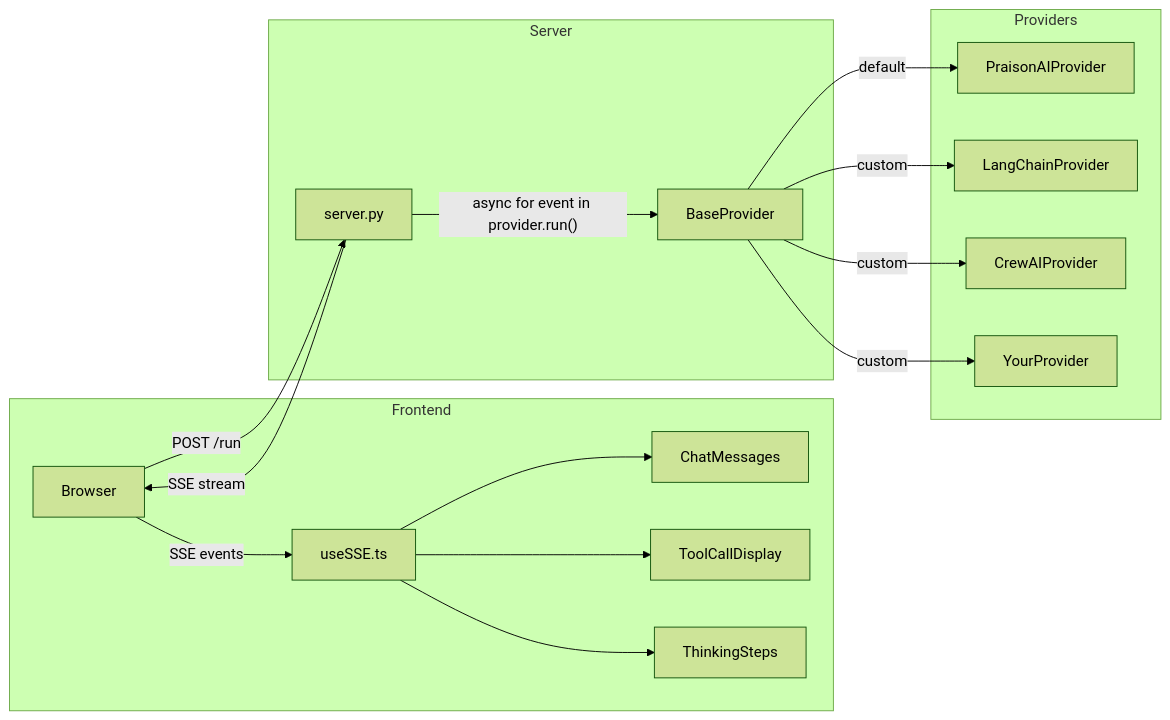
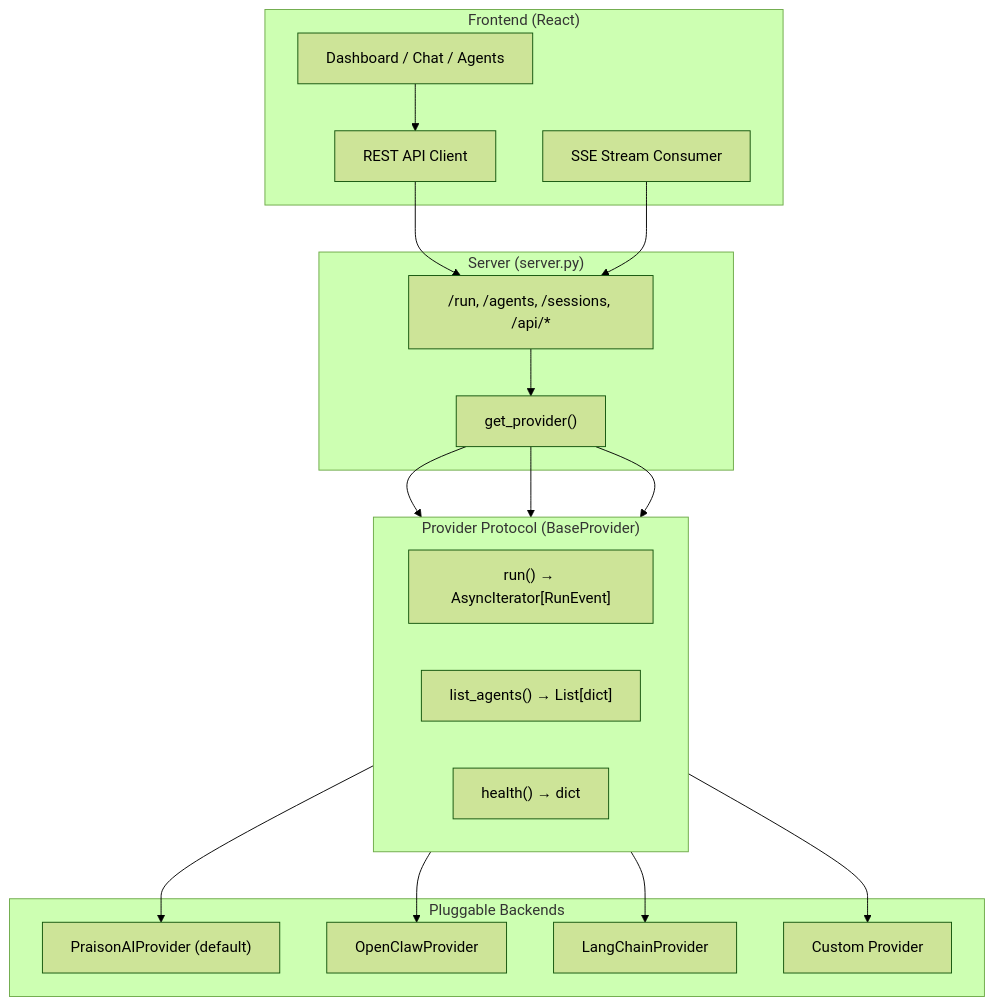
Before and after one commit to MervinPraison/PraisonAIUI: the diagram in docs/concepts/providers.md, drawn with Mermaid (forest theme). The commit also changed other lines of this file and 6 other files, not shown here.

First line of the commit message:
docs: update provider documentation and protocol overview

````diff
--- a/docs/concepts/providers.md
+++ b/docs/concepts/providers.md
@@ -7,23 +7,34 @@
 ```mermaid
-graph LR
-    subgraph Frontend
-        A["Browser"] -->|SSE events| B["useSSE.ts"]
-        B --> C["ChatMessages"]
-        B --> D["ToolCallDisplay"]
-        B --> E["ThinkingSteps"]
+graph TD
+    subgraph "Frontend (React)"
+        UI["Dashboard / Chat / Agents"]
+        SSE["SSE Stream Consumer"]
+        API["REST API Client"]
     end
 
-    subgraph Server
-        F["server.py"] -->|"async for event in provider.run()"| G["BaseProvider"]
+    subgraph "Server (server.py)"
+        Routes["/run, /agents, /sessions, /api/*"]
+        Provider["get_provider()"]
     end
 
-    subgraph Providers
-        G -->|default| H["PraisonAIProvider"]
-        G -->|custom| I["LangChainProvider"]
-        G -->|custom| J["CrewAIProvider"]
-        G -->|custom| K["YourProvider"]
+    subgraph "Provider Protocol (BaseProvider)"
+        direction LR
+        Run["run() → AsyncIterator[RunEvent]"]
+        List["list_agents() → List[dict]"]
+        Health["health() → dict"]
     end
 
-    A -->|POST /run| F
-    F -->|SSE stream| A
+    subgraph "Pluggable Backends"
+        P1["PraisonAIProvider (default)"]
+        P2["OpenClawProvider"]
+        P3["LangChainProvider"]
+        P4["Custom Provider"]
+    end
+
+    UI --> API --> Routes --> Provider
+    SSE --> Routes
+    Provider --> Run
+    Provider --> List
+    Provider --> Health
+    Run --> P1 & P2 & P3 & P4
 ```
````
